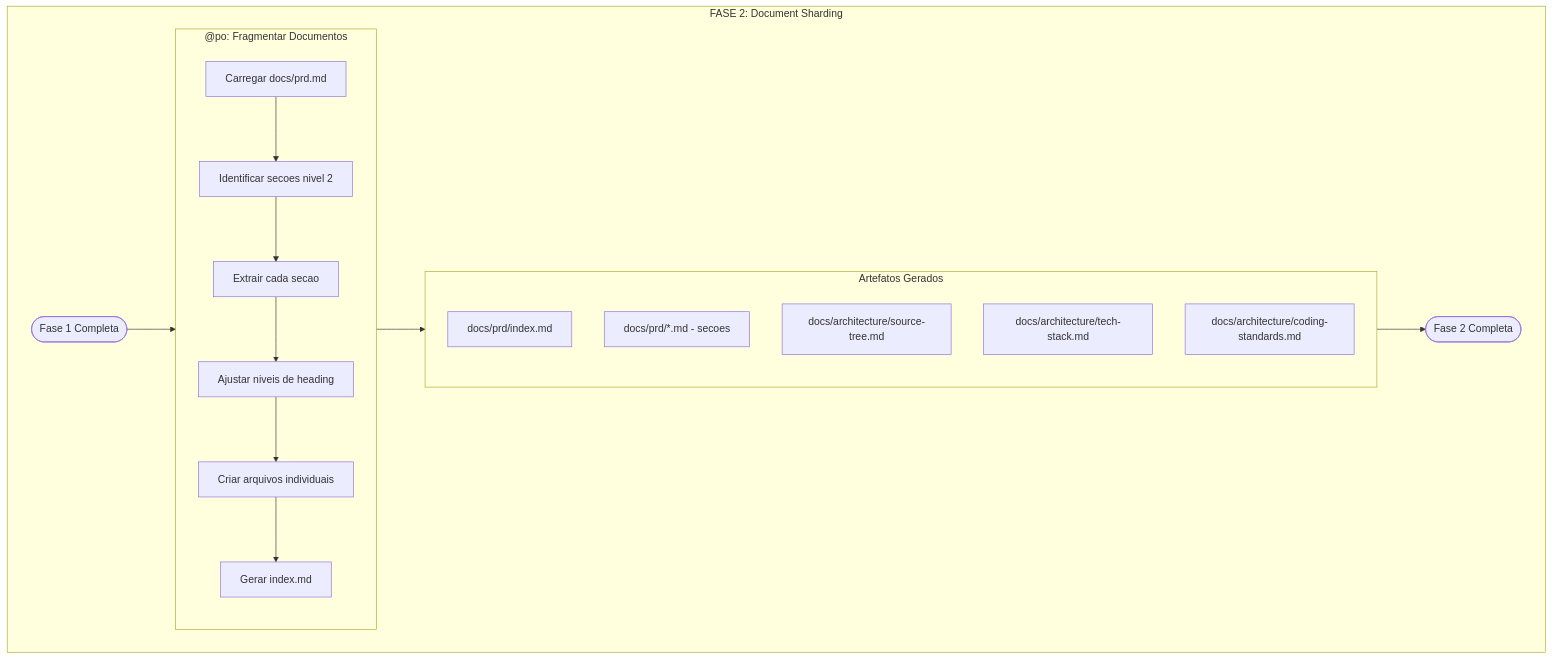
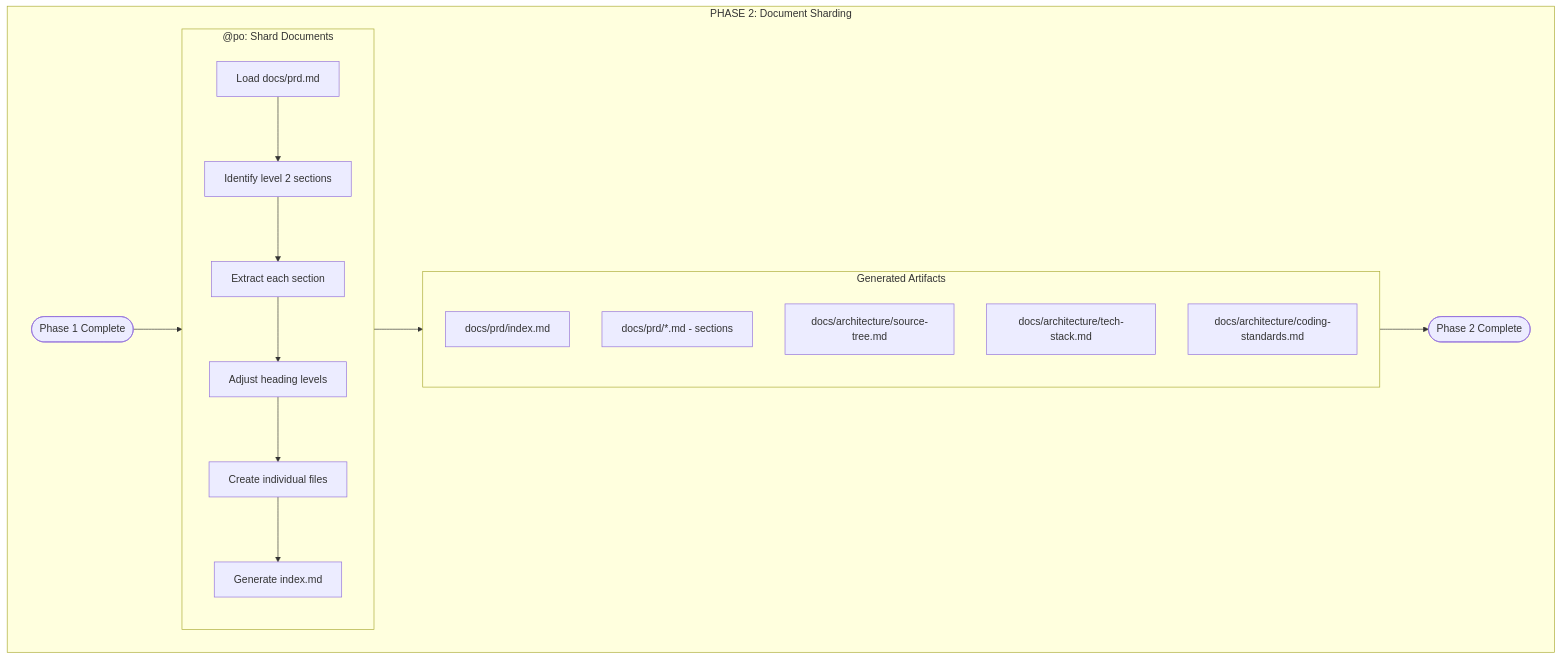
One commit to CyryxLabs/AEXOS changed the fourth of 9 diagrams in docs/aexos-workflows/greenfield-fullstack-workflow.md. Above: the diagram before and after it, drawn with Mermaid. The commit also changed other lines of this file and 528 other files, not shown here.

````diff
--- a/docs/aexos-workflows/greenfield-fullstack-workflow.md
+++ b/docs/aexos-workflows/greenfield-fullstack-workflow.md
@@ -308,29 +308,29 @@
 ```mermaid
 flowchart TD
-    subgraph FASE2["FASE 2: Document Sharding"]
-        PHASE1_DONE([Fase 1 Completa]) --> SHARD
+    subgraph FASE2["PHASE 2: Document Sharding"]
+        PHASE1_DONE([Phase 1 Complete]) --> SHARD
 
-        subgraph SHARD["@po: Fragmentar Documentos"]
-            S1[Carregar docs/prd.md]
-            S2[Identificar secoes nivel 2]
-            S3[Extrair cada secao]
-            S4[Ajustar niveis de heading]
-            S5[Criar arquivos individuais]
-            S6[Gerar index.md]
+        subgraph SHARD["@po: Shard Documents"]
+            S1[Load docs/prd.md]
+            S2[Identify level 2 sections]
+            S3[Extract each section]
+            S4[Adjust heading levels]
+            S5[Create individual files]
+            S6[Generate index.md]
 
             S1 --> S2 --> S3 --> S4 --> S5 --> S6
         end
 
         SHARD --> OUTPUT
 
-        subgraph OUTPUT["Artefatos Gerados"]
+        subgraph OUTPUT["Generated Artifacts"]
             O1[docs/prd/index.md]
-            O2[docs/prd/*.md - secoes]
+            O2[docs/prd/*.md - sections]
             O3[docs/architecture/source-tree.md]
             O4[docs/architecture/tech-stack.md]
             O5[docs/architecture/coding-standards.md]
         end
 
-        OUTPUT --> DONE([Fase 2 Completa])
+        OUTPUT --> DONE([Phase 2 Complete])
     end
 ```
````
